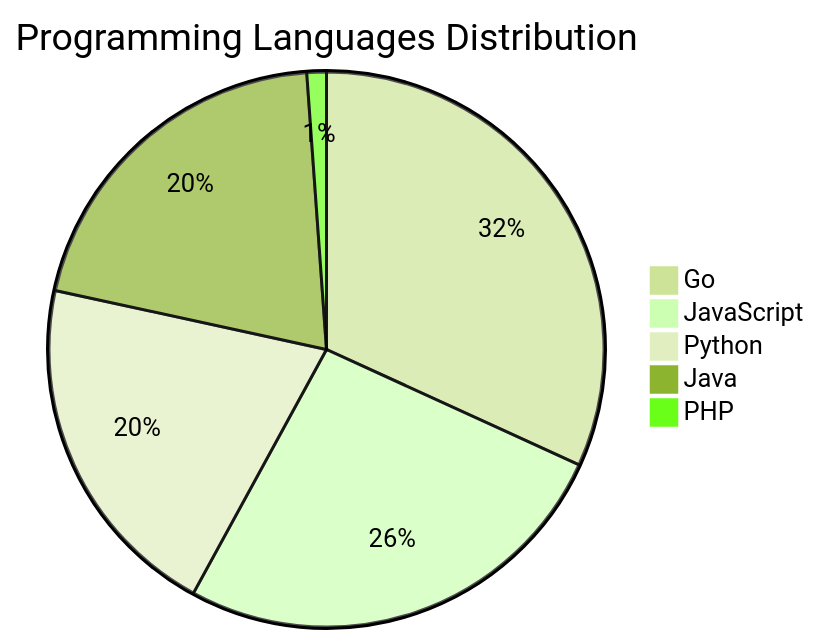
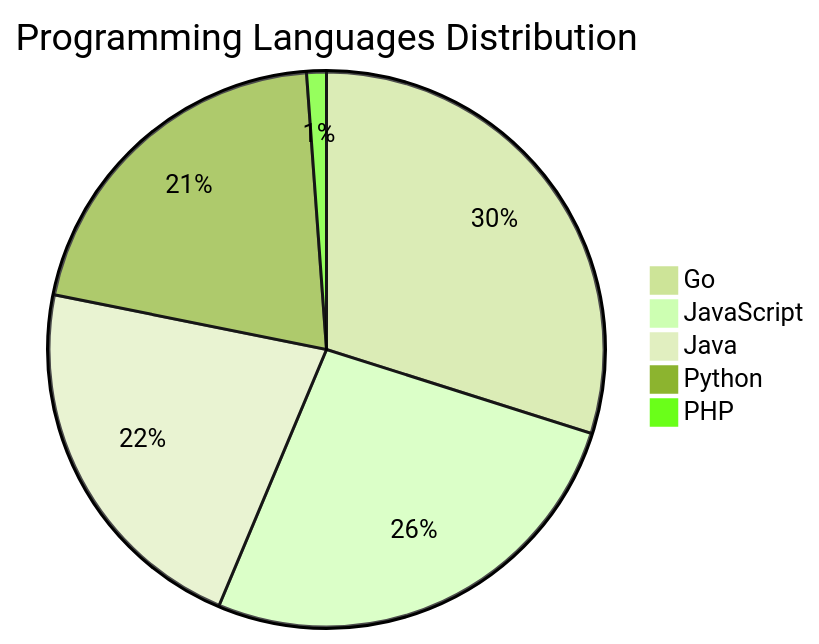
One commit to Derrick-MUGISHA/github-activity-bot changed the diagram in README.md. Above: the diagram before and after it, drawn with Mermaid (forest theme). The commit also changed other lines of this file and 3 other files, not shown here.

````diff
--- a/README.md
+++ b/README.md
@@ -69,8 +71,8 @@
 ```mermaid
 pie title Programming Languages Distribution
-    "Go" : 28
+    "Go" : 26
     "JavaScript" : 23
+    "Java" : 19
     "Python" : 18
-    "Java" : 18
     "PHP" : 1
 ```
````
